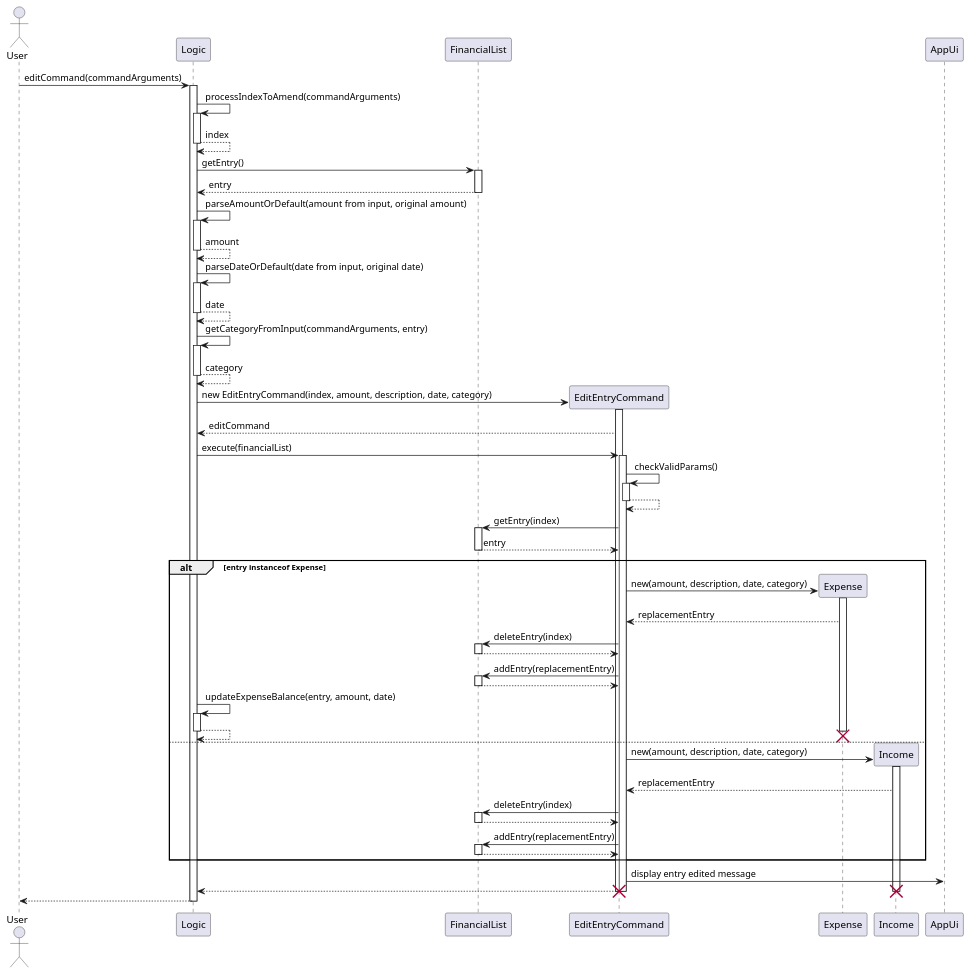
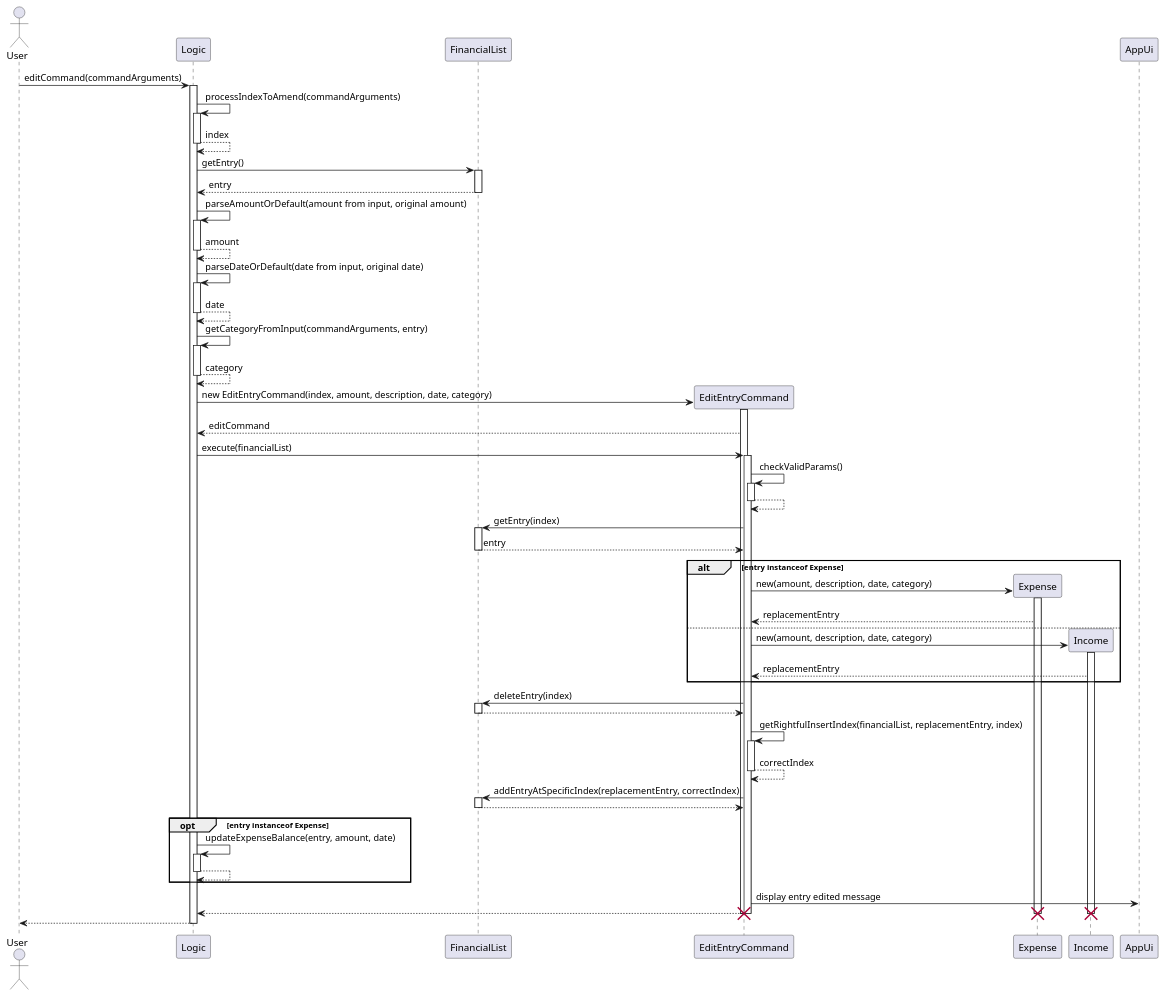
Before and after one commit to nus-cs2113-AY2425S1/tp: the diagram in docs/UML/editEntryCommandSequence.puml, drawn with PlantUML. The commit also changed 4 other files, not shown here.

```diff
--- a/docs/UML/editEntryCommandSequence.puml
+++ b/docs/UML/editEntryCommandSequence.puml
@@ -1,89 +1,84 @@
 @startuml
 
 actor  User
 
 participant Logic
 participant FinancialList
 
 
 User -> Logic: editCommand(commandArguments)
 activate Logic
 
 Logic -> Logic: processIndexToAmend(commandArguments)
 activate Logic
 return index
 
 Logic -> FinancialList: getEntry()
 activate FinancialList
 return entry
 
 Logic -> Logic: parseAmountOrDefault(amount from input, original amount)
 activate Logic
 return amount
 
 Logic -> Logic: parseDateOrDefault(date from input, original date)
 activate Logic
 return date
 
 Logic -> Logic: getCategoryFromInput(commandArguments, entry)
 activate Logic
 return category
 
 create EditEntryCommand
 Logic -> EditEntryCommand: new EditEntryCommand(index, amount, description, date, category)
 activate EditEntryCommand
 EditEntryCommand --> Logic: editCommand
 
 Logic -> EditEntryCommand: execute(financialList)
 activate EditEntryCommand
 
 EditEntryCommand -> EditEntryCommand: checkValidParams()
 activate EditEntryCommand
 return
 
 EditEntryCommand -> FinancialList: getEntry(index)
 activate FinancialList
 return entry
 
 alt entry instanceof Expense
     Create Expense
     EditEntryCommand -> Expense: new(amount, description, date, category)
     activate Expense
     Expense --> EditEntryCommand: replacementEntry
-    EditEntryCommand -> FinancialList: deleteEntry(index)
-    activate FinancialList
-    return
-    EditEntryCommand -> FinancialList: addEntry(replacementEntry)
-    activate FinancialList
-    return
-    Logic -> Logic: updateExpenseBalance(entry, amount, date)
-    activate Logic
-    return
-    deactivate Expense
-    destroy Expense
 else
     Create Income
     EditEntryCommand -> Income: new(amount, description, date, category)
     activate Income
     Income --> EditEntryCommand: replacementEntry
-
-    EditEntryCommand -> FinancialList: deleteEntry(index)
-    activate FinancialList
-    return
-    EditEntryCommand -> FinancialList: addEntry(replacementEntry)
-    activate FinancialList
+end
+EditEntryCommand -> FinancialList: deleteEntry(index)
+activate FinancialList
+return
+EditEntryCommand -> EditEntryCommand: getRightfulInsertIndex(financialList, replacementEntry, index)
+activate EditEntryCommand
+return correctIndex
+EditEntryCommand -> FinancialList: addEntryAtSpecificIndex(replacementEntry, correctIndex)
+activate FinancialList
+return
+opt entry instanceof Expense
+    Logic -> Logic: updateExpenseBalance(entry, amount, date)
+    activate Logic
     return
 end
 
 EditEntryCommand -> AppUi: display entry edited message
 
 EditEntryCommand --> Logic
-
-deactivate Income
+destroy Expense
 destroy Income
 deactivate EditEntryCommand
 destroy EditEntryCommand
 Logic --> User
 deactivate Logic
 
 @enduml
```
